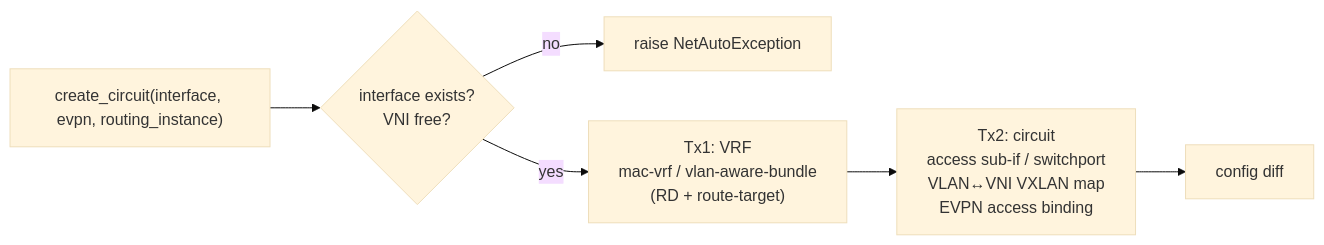
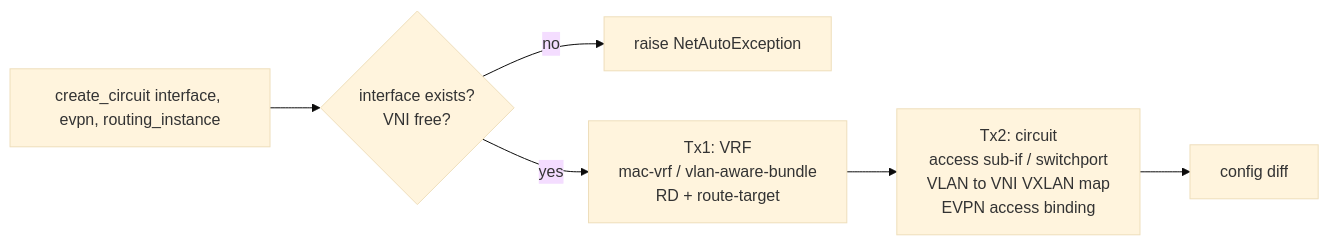
The second of 3 diagrams in docs/evpn_service.md (cmek/netauto), drawn with Mermaid (base theme) before and after one commit. The commit also changed other lines of this file, not shown here.

Commit message:
fix: possibly fix mermaid syntax for github rendering

````diff
--- a/docs/evpn_service.md
+++ b/docs/evpn_service.md
@@ -89,8 +89,8 @@
 ```mermaid
 graph LR
-    A["create_circuit(interface, evpn, routing_instance)"] --> B{interface exists?<br/>VNI free?}
+    A["create_circuit interface, evpn, routing_instance"] --> B{"interface exists?<br/>VNI free?"}
     B -->|no| Err["raise NetAutoException"]
-    B -->|yes| C["Tx1: VRF<br/>mac-vrf / vlan-aware-bundle<br/>(RD + route-target)"]
-    C --> D["Tx2: circuit<br/>access sub-if / switchport<br/>VLAN↔VNI VXLAN map<br/>EVPN access binding"]
+    B -->|yes| C["Tx1: VRF<br/>mac-vrf / vlan-aware-bundle<br/>RD + route-target"]
+    C --> D["Tx2: circuit<br/>access sub-if / switchport<br/>VLAN to VNI VXLAN map<br/>EVPN access binding"]
     D --> E["config diff"]
 ```
````
